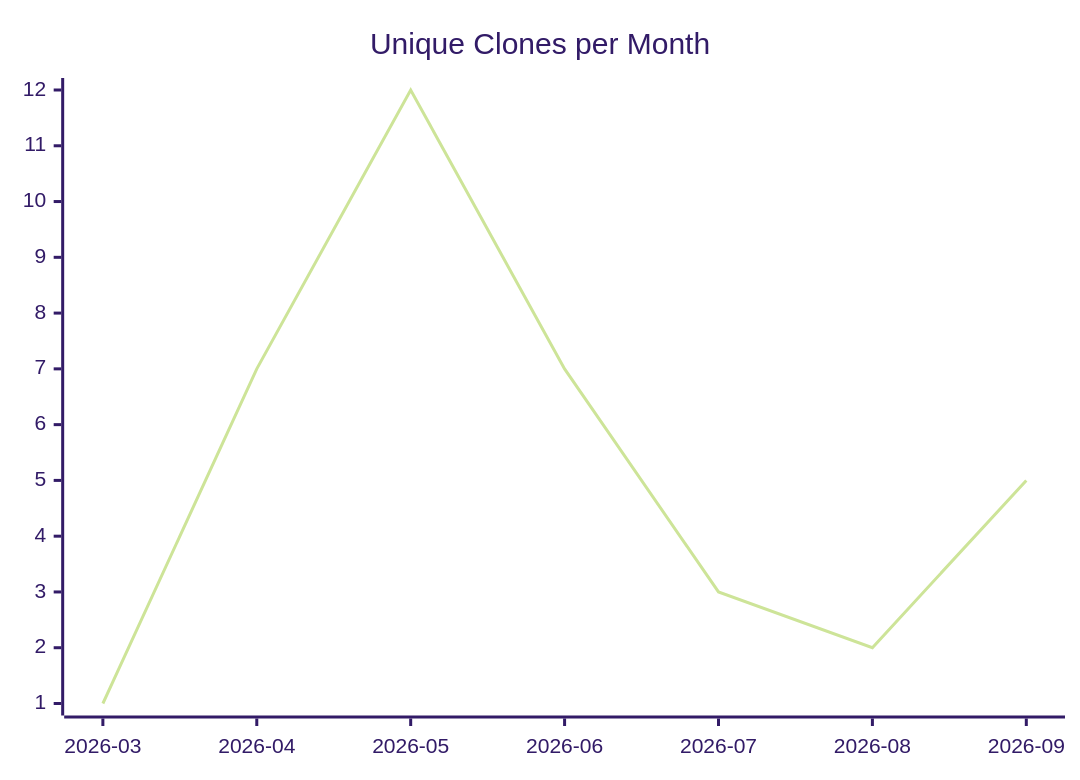
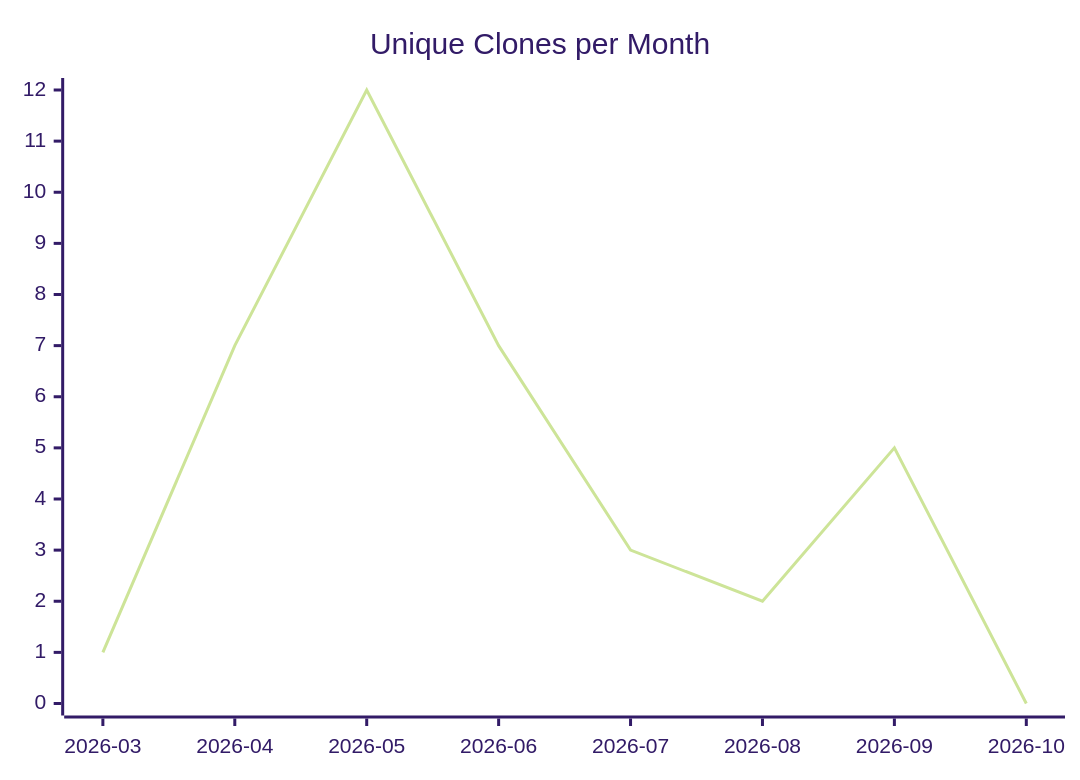
The third of 3 diagrams in karlmdavis/sample-maven-and-rcp/README.md (justdavis-family/github-analytics-data), drawn with Mermaid (forest theme) before and after one commit. The commit also changed other lines of this file and 202 other files, not shown here.

````diff
--- a/karlmdavis/sample-maven-and-rcp/README.md
+++ b/karlmdavis/sample-maven-and-rcp/README.md
@@ -19,6 +19,6 @@
 ```mermaid
 xychart-beta
   title "Unique Clones per Month"
-  x-axis ["2026-03", "2026-04", "2026-05", "2026-06", "2026-07", "2026-08", "2026-09"]
-  line [1, 7, 12, 7, 3, 2, 5]
+  x-axis ["2026-03", "2026-04", "2026-05", "2026-06", "2026-07", "2026-08", "2026-09", "2026-10"]
+  line [1, 7, 12, 7, 3, 2, 5, 0]
 ```
````
